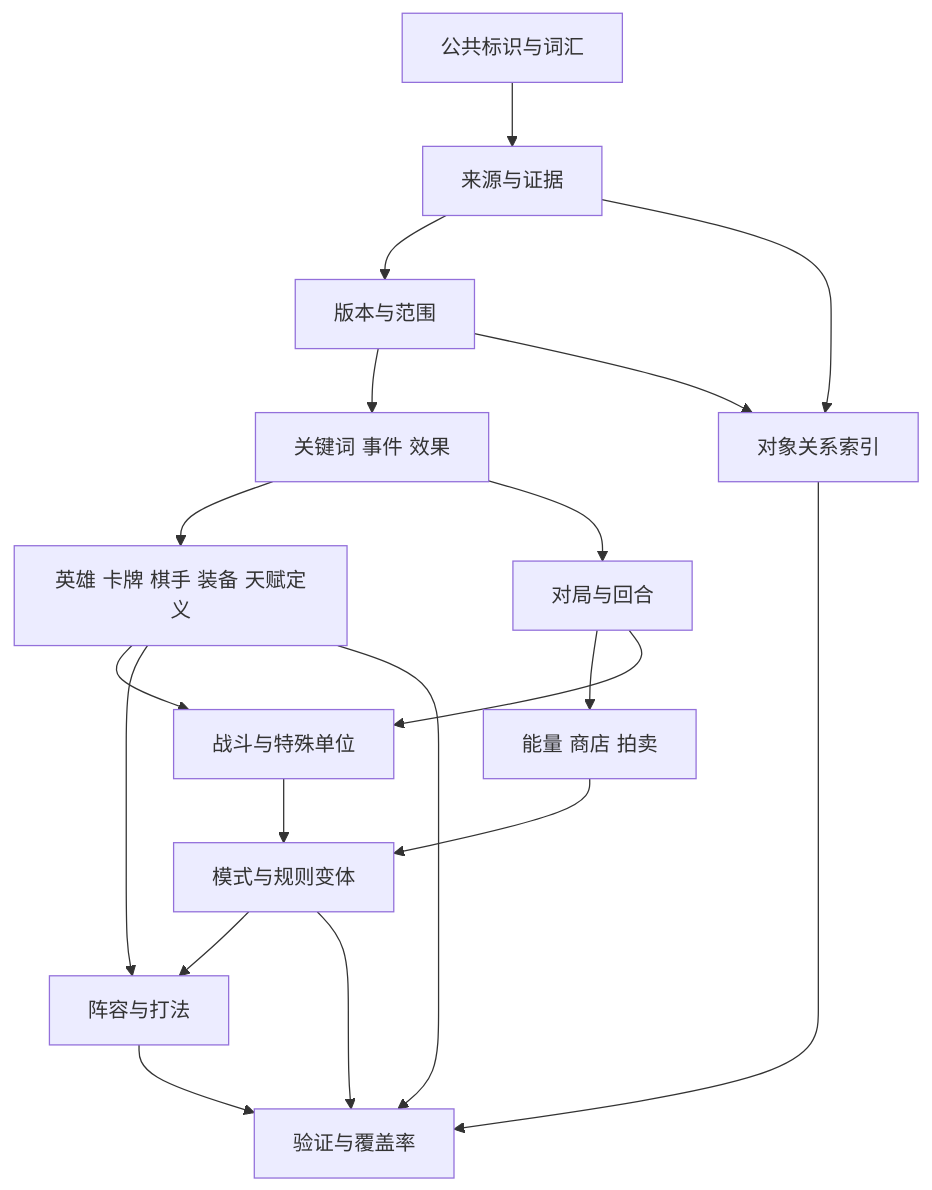
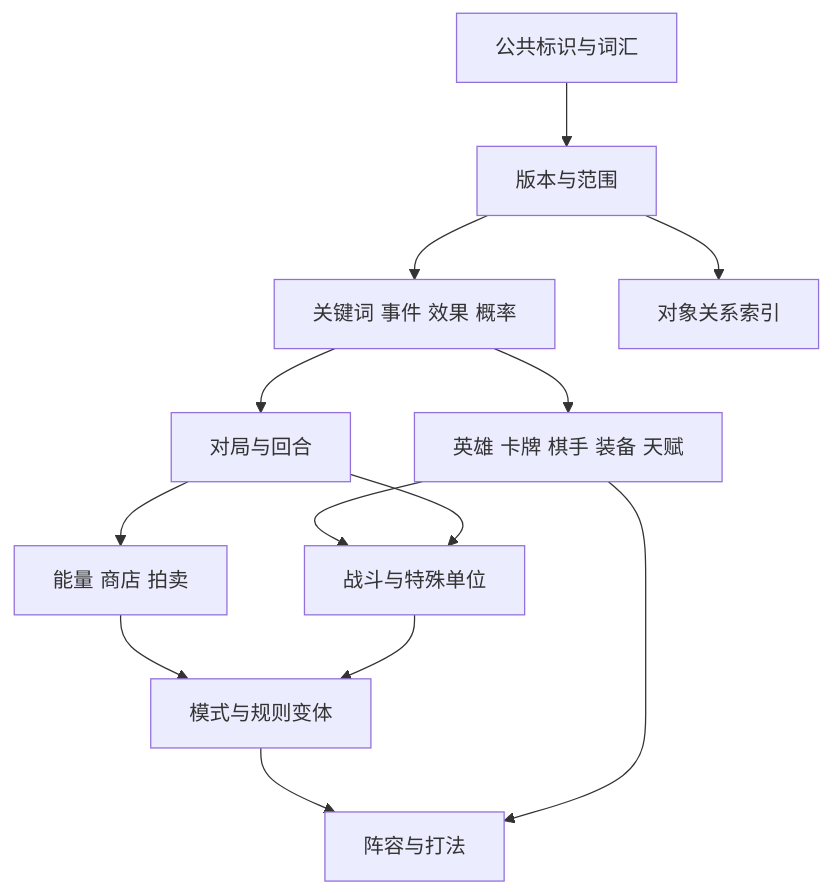
Before and after one commit to winx402/honor-of-kings-ace-core: the first of 2 diagrams in docs/模块与关系.md, drawn with Mermaid. The commit also changed other lines of this file and 39 other files, not shown here.

````diff
--- a/docs/模块与关系.md
+++ b/docs/模块与关系.md
@@ -52,21 +48,15 @@
 ```mermaid
 flowchart TD
-  V[公共标识与词汇] --> P[来源与证据]
-  P --> R[版本与范围]
-  R --> M[关键词 事件 效果]
-  M --> H[英雄 卡牌 棋手 装备 天赋定义]
+  V[公共标识与词汇] --> R[版本与范围]
+  R --> M[关键词 事件 效果 概率]
+  M --> H[英雄 卡牌 棋手 装备 天赋]
   M --> G[对局与回合]
   G --> E[能量 商店 拍卖]
   H --> C[战斗与特殊单位]
   G --> C
   E --> O[模式与规则变体]
   C --> O
   O --> S[阵容与打法]
   H --> S
-  S --> Q
   R --> L[对象关系索引]
-  P --> L
-  H --> Q[验证与覆盖率]
-  O --> Q
-  L --> Q
 ```
````
